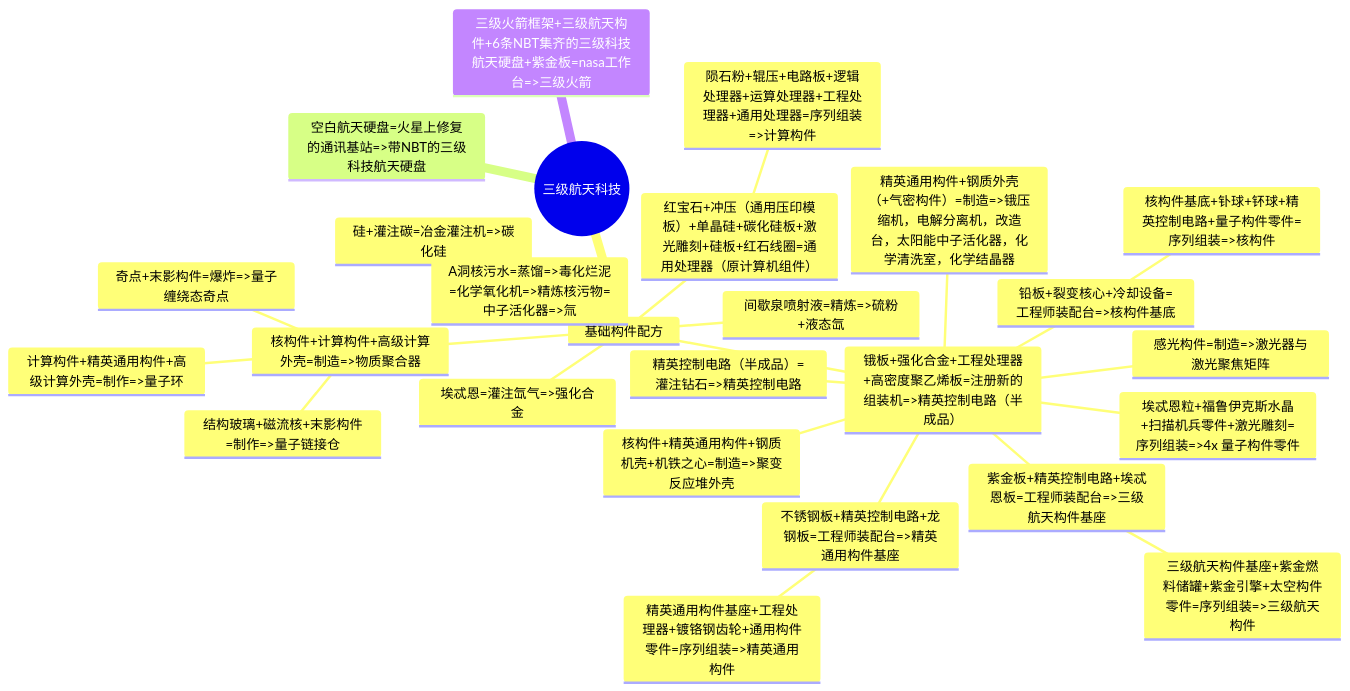
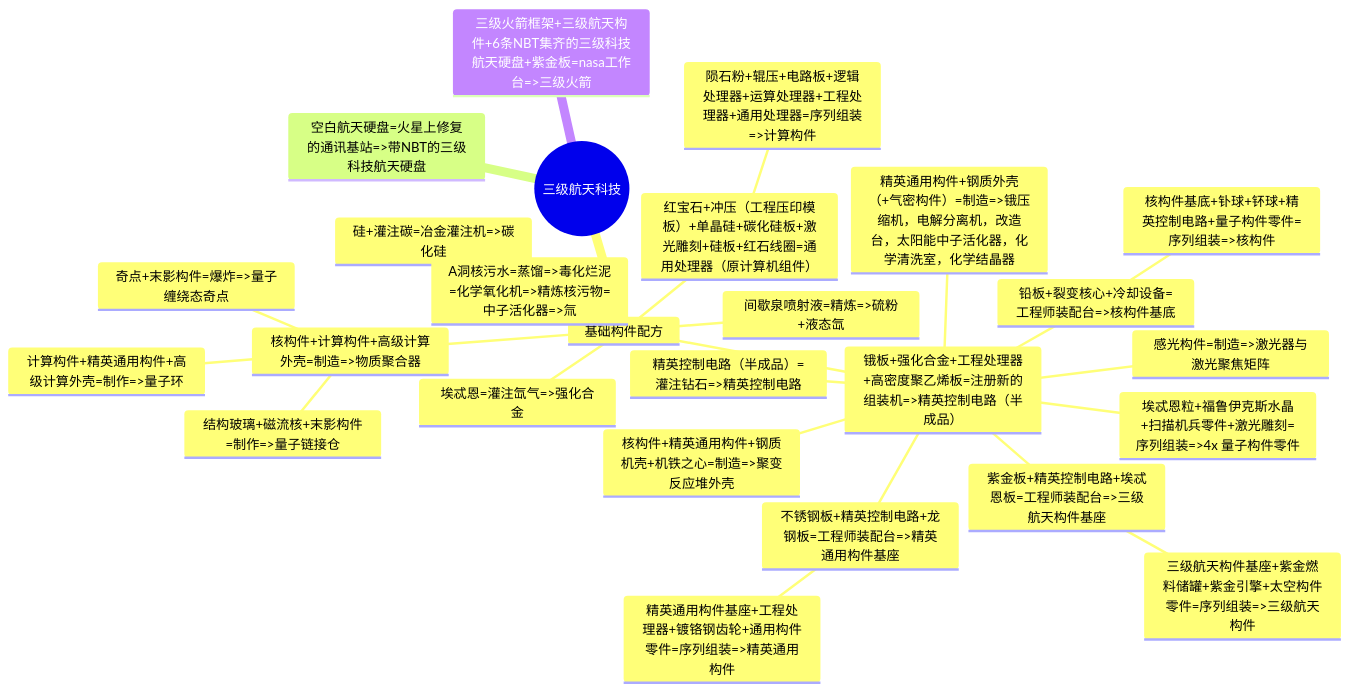
One commit to VechniMetel/CodeNameCIM2 changed the third of 4 diagrams in Developer/TechTreeMap.md. Above: the diagram before and after it, drawn with Mermaid. The commit also changed 11 other files, not shown here.

````diff
--- a/Developer/TechTreeMap.md
+++ b/Developer/TechTreeMap.md
@@ -80,29 +80,29 @@
 ``` mermaid
 mindmap
     root((三级航天科技))
         基础构件配方
             间歇泉喷射液=精炼=>硫粉+液态氙
             埃忒恩=灌注氙气=>强化合金
             硅+灌注碳=冶金灌注机=>碳化硅
-            红宝石+冲压（通用压印模板）+单晶硅+碳化硅板+激光雕刻+硅板+红石线圈=通用处理器（原计算机组件）
+            红宝石+冲压（工程压印模板）+单晶硅+碳化硅板+激光雕刻+硅板+红石线圈=通用处理器（原计算机组件）
                 陨石粉+辊压+电路板+逻辑处理器+运算处理器+工程处理器+通用处理器=序列组装=>计算构件
             锇板+强化合金+工程处理器+高密度聚乙烯板=注册新的组装机=>精英控制电路（半成品）
                 精英控制电路（半成品）=灌注钻石=>精英控制电路
                 紫金板+精英控制电路+埃忒恩板=工程师装配台=>三级航天构件基座
                     三级航天构件基座+紫金燃料储罐+紫金引擎+太空构件零件=序列组装=>三级航天构件
                 不锈钢板+精英控制电路+龙钢板=工程师装配台=>精英通用构件基座
                     精英通用构件基座+工程处理器+镀铬钢齿轮+通用构件零件=序列组装=>精英通用构件
                 埃忒恩粒+福鲁伊克斯水晶+扫描机兵零件+激光雕刻=序列组装=>4x 量子构件零件
                 铅板+裂变核心+冷却设备=工程师装配台=>核构件基底
                     核构件基底+钋球+钚球+精英控制电路+量子构件零件=序列组装=>核构件
                 核构件+精英通用构件+钢质机壳+机铁之心=制造=>聚变反应堆外壳
                 感光构件=制造=>激光器与激光聚焦矩阵
                 精英通用构件+钢质外壳（+气密构件）=制造=>锇压缩机，电解分离机，改造台，太阳能中子活化器，化学清洗室，化学结晶器
             核构件+计算构件+高级计算外壳=制造=>物质聚合器
                 奇点+末影构件=爆炸=>量子缠绕态奇点
                 计算构件+精英通用构件+高级计算外壳=制作=>量子环
                 结构玻璃+磁流核+末影构件=制作=>量子链接仓
             A洞核污水=蒸馏=>毒化烂泥=化学氧化机=>精炼核污物=中子活化器=>氚
         空白航天硬盘=火星上修复的通讯基站=>带NBT的三级科技航天硬盘
         三级火箭框架+三级航天构件+6条NBT集齐的三级科技航天硬盘+紫金板=nasa工作台=>三级火箭
 ```
````
